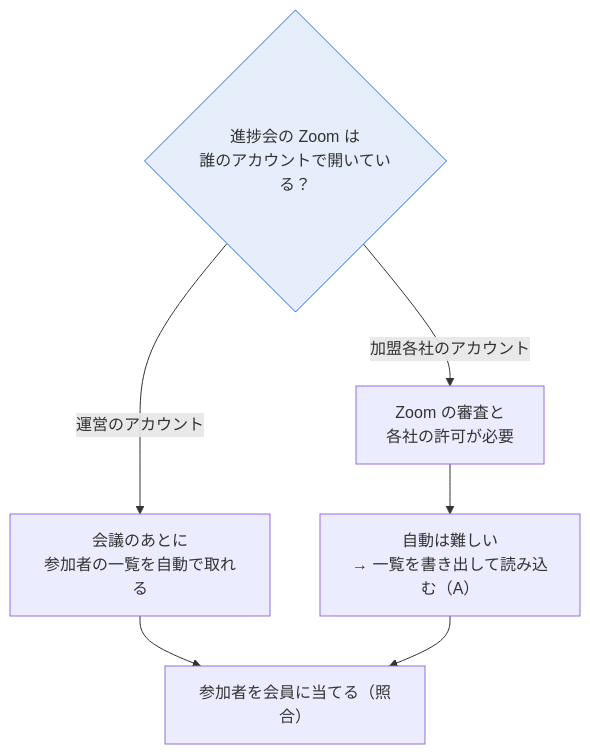
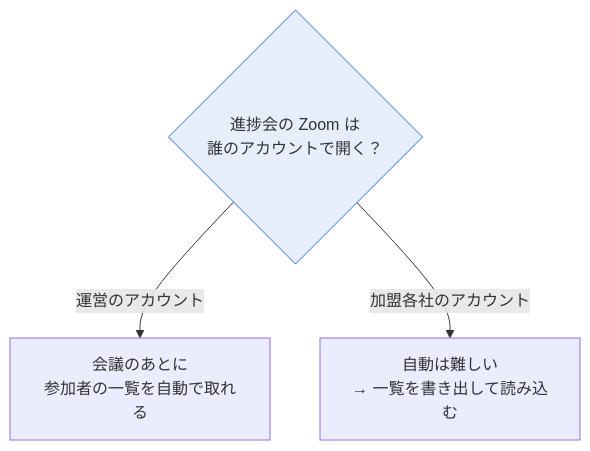
Before and after one commit to yusukesanse/nakayoshi-docs: the second of 2 diagrams in 09-questions-1029.md, drawn with Mermaid. The commit also changed other lines of this file, not shown here.

````diff
--- a/09-questions-1029.md
+++ b/09-questions-1029.md
@@ -125,10 +58,7 @@
 ```mermaid
 flowchart TD
-    q{"進捗会の Zoom は<br>誰のアカウントで開いている？"}
+    q{"進捗会の Zoom は<br>誰のアカウントで開く？"}
     q -- "運営のアカウント" --> auto["会議のあとに<br>参加者の一覧を自動で取れる"]
-    q -- "加盟各社のアカウント" --> hard["Zoom の審査と<br>各社の許可が必要"]
-    hard --> manual["自動は難しい<br>→ 一覧を書き出して読み込む（A）"]
-    auto --> match["参加者を会員に当てる（照合）"]
-    manual --> match
+    q -- "加盟各社のアカウント" --> manual["自動は難しい<br>→ 一覧を書き出して読み込む"]
     style q fill:#e6eefc,stroke:#2d6cdf
 ```
````
